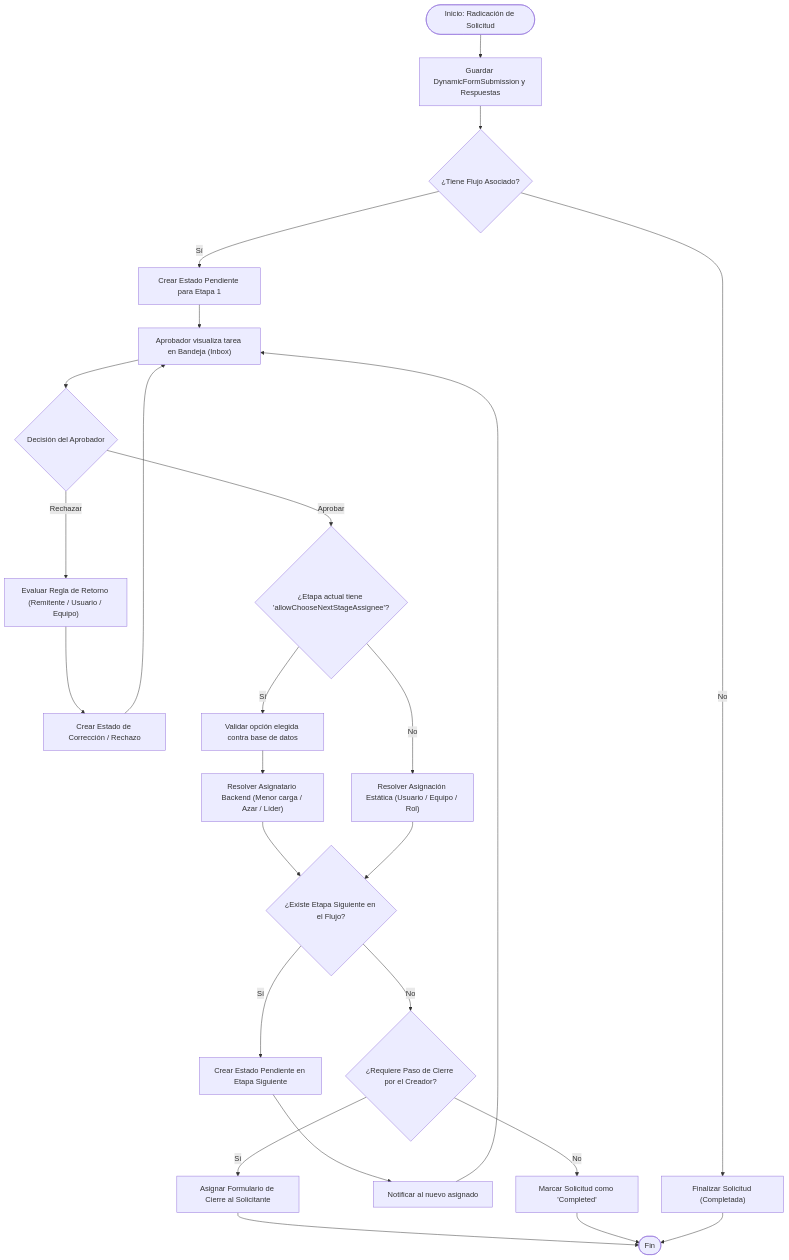
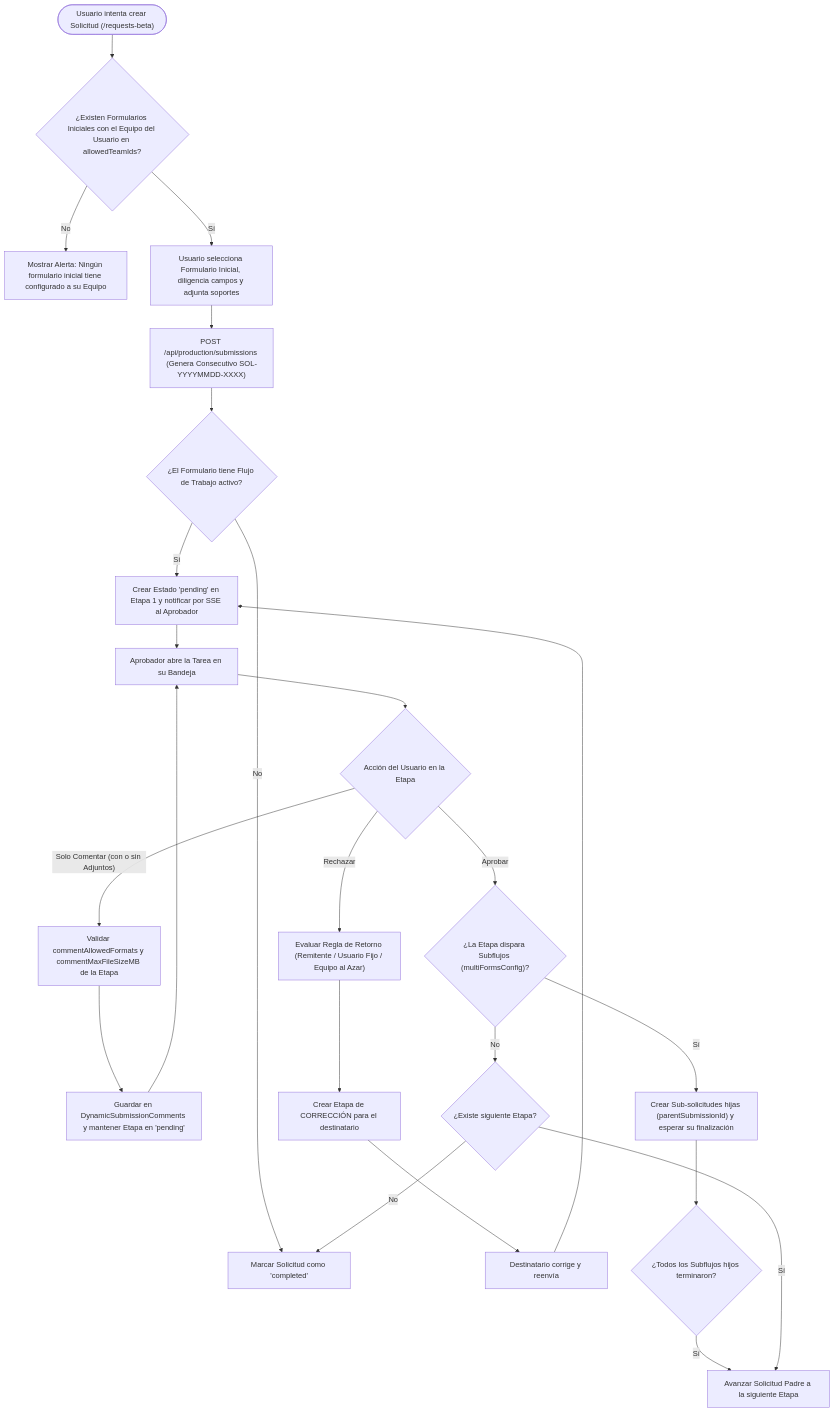
Before and after one commit to RDiaZ-2025/front-conciliaciones: the third of 5 diagrams in README.md, drawn with Mermaid. The commit also changed other lines of this file, not shown here.

````diff
--- a/README.md
+++ b/README.md
@@ -372,36 +548,31 @@
 ```mermaid
 flowchart TD
-    Start(["Inicio: Radicación de Solicitud"]) --> SaveSubmission["Guardar DynamicFormSubmission y Respuestas"]
-    SaveSubmission --> FindWf{"¿Tiene Flujo Asociado?"}
+    A(["Usuario intenta crear Solicitud (/requests-beta)"]) --> B{"¿Existen Formularios Iniciales con el Equipo del Usuario en allowedTeamIds?"}
+    B -- "No" --> C["Mostrar Alerta: Ningún formulario inicial tiene configurado a su Equipo"]
+    B -- "Sí" --> D["Usuario selecciona Formulario Inicial, diligencia campos y adjunta soportes"]
+    D --> E["POST /api/production/submissions (Genera Consecutivo SOL-YYYYMMDD-XXXX)"]
+    E --> F{"¿El Formulario tiene Flujo de Trabajo activo?"}
+    F -- "No" --> G["Marcar Solicitud como 'completed'"]
+    F -- "Sí" --> H["Crear Estado 'pending' en Etapa 1 y notificar por SSE al Aprobador"]
     
-    FindWf -- No --> MarkDone["Finalizar Solicitud (Completada)"]
-    FindWf -- Sí --> InitStage["Crear Estado Pendiente para Etapa 1"]
+    H --> I["Aprobador abre la Tarea en su Bandeja"]
+    I --> J{"Acción del Usuario en la Etapa"}
     
-    InitStage --> UserInbox["Aprobador visualiza tarea en Bandeja (Inbox)"]
-    UserInbox --> ActionDecision{"Decisión del Aprobador"}
+    J -- "Solo Comentar (con o sin Adjuntos)" --> K["Validar commentAllowedFormats y commentMaxFileSizeMB de la Etapa"]
+    K --> L["Guardar en DynamicSubmissionComments y mantener Etapa en 'pending'"]
+    L --> I
+
+    J -- "Rechazar" --> M["Evaluar Regla de Retorno (Remitente / Usuario Fijo / Equipo al Azar)"]
+    M --> N["Crear Etapa de CORRECCIÓN para el destinatario"]
+    N --> O["Destinatario corrige y reenvía"]
+    O --> H
+
+    J -- "Aprobar" --> P{"¿La Etapa dispara Subflujos (multiFormsConfig)?"}
+    P -- "Sí" --> Q["Crear Sub-solicitudes hijas (parentSubmissionId) y esperar su finalización"]
+    Q --> R{"¿Todos los Subflujos hijos terminaron?"}
+    R -- "Sí" --> S["Avanzar Solicitud Padre a la siguiente Etapa"]
     
-    ActionDecision -- "Rechazar" --> CheckRejection["Evaluar Regla de Retorno (Remitente / Usuario / Equipo)"]
-    CheckRejection --> ReopenStage["Crear Estado de Corrección / Rechazo"]
-    ReopenStage --> UserInbox
-
-    ActionDecision -- "Aprobar" --> CheckNextDynamic{"¿Etapa actual tiene 'allowChooseNextStageAssignee'?"}
-    
-    CheckNextDynamic -- Sí --> ValidateChoice["Validar opción elegida contra base de datos"]
-    ValidateChoice --> ResolveAssignee["Resolver Asignatario Backend (Menor carga / Azar / Líder)"]
-    
-    CheckNextDynamic -- No --> ResolveStatic["Resolver Asignación Estática (Usuario / Equipo / Rol)"]
-    
-    ResolveAssignee --> CheckMoreStages{"¿Existe Etapa Siguiente en el Flujo?"}
-    ResolveStatic --> CheckMoreStages
-    
-    CheckMoreStages -- Sí --> AdvanceStage["Crear Estado Pendiente en Etapa Siguiente"]
-    AdvanceStage --> NotifyUser["Notificar al nuevo asignado"]
-    NotifyUser --> UserInbox
-    
-    CheckMoreStages -- No --> CheckClosing{"¿Requiere Paso de Cierre por el Creador?"}
-    CheckClosing -- Sí --> CreateClosingStep["Asignar Formulario de Cierre al Solicitante"]
-    CheckClosing -- No --> CompleteSubmission["Marcar Solicitud como 'Completed'"]
-    CreateClosingStep --> End(["Fin"])
-    CompleteSubmission --> End
-    MarkDone --> End
+    P -- "No" --> T{"¿Existe siguiente Etapa?"}
+    T -- "Sí" --> S
+    T -- "No" --> G
 ```
````
